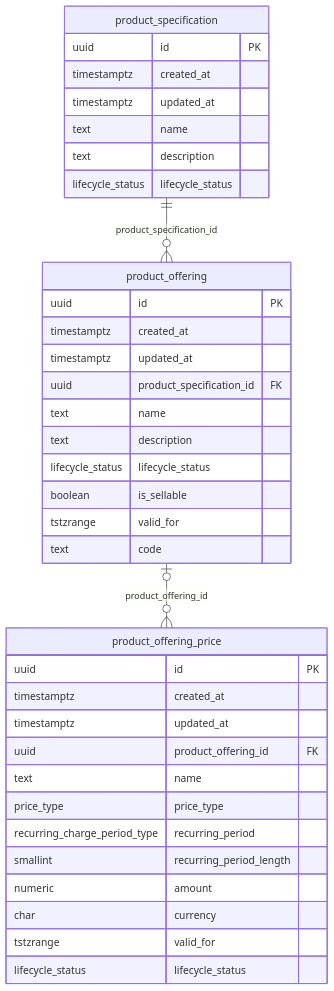
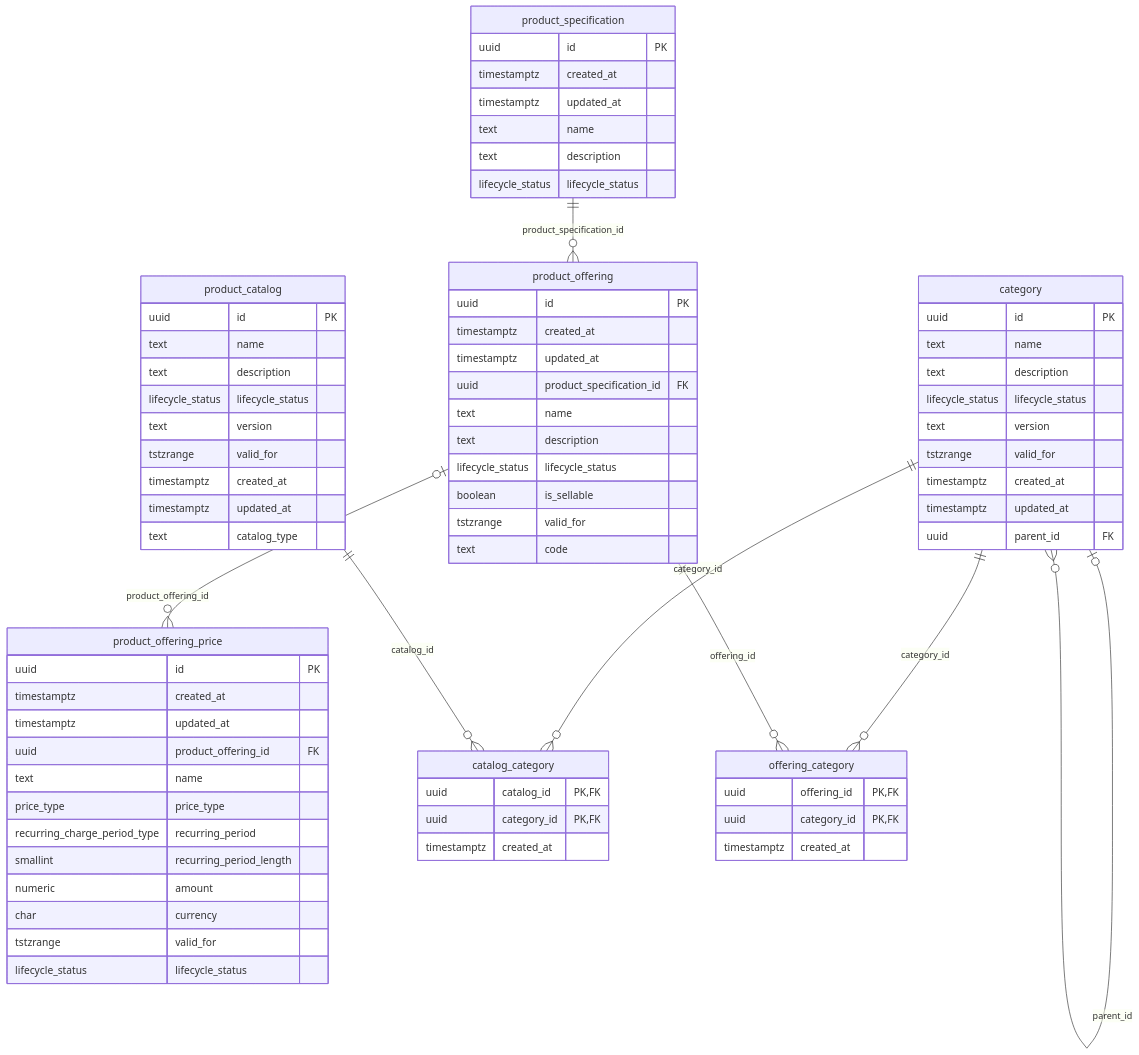
Before and after one commit to altharmz/bss: the third of 7 diagrams in docs/db/README.md, drawn with Mermaid. The commit also changed other lines of this file and 77 other files, not shown here.

````diff
--- a/docs/db/README.md
+++ b/docs/db/README.md
@@ -137,39 +179,76 @@
 ```mermaid
 erDiagram
   product_specification {
     uuid id PK
     timestamptz created_at
     timestamptz updated_at
     text name
     text description
     lifecycle_status lifecycle_status
   }
   product_offering {
     uuid id PK
     timestamptz created_at
     timestamptz updated_at
     uuid product_specification_id FK
     text name
     text description
     lifecycle_status lifecycle_status
     boolean is_sellable
     tstzrange valid_for
     text code
   }
   product_offering_price {
     uuid id PK
     timestamptz created_at
     timestamptz updated_at
     uuid product_offering_id FK
     text name
     price_type price_type
     recurring_charge_period_type recurring_period
     smallint recurring_period_length
     numeric amount
     char currency
     tstzrange valid_for
     lifecycle_status lifecycle_status
   }
+  category {
+    uuid id PK
+    text name
+    text description
+    lifecycle_status lifecycle_status
+    text version
+    tstzrange valid_for
+    timestamptz created_at
+    timestamptz updated_at
+    uuid parent_id FK
+  }
+  product_catalog {
+    uuid id PK
+    text name
+    text description
+    lifecycle_status lifecycle_status
+    text version
+    tstzrange valid_for
+    timestamptz created_at
+    timestamptz updated_at
+    text catalog_type
+  }
+  catalog_category {
+    uuid catalog_id PK,FK
+    uuid category_id PK,FK
+    timestamptz created_at
+  }
+  offering_category {
+    uuid offering_id PK,FK
+    uuid category_id PK,FK
+    timestamptz created_at
+  }
+  category |o--o{ category : "parent_id"
+  category ||--o{ catalog_category : "category_id"
+  category ||--o{ offering_category : "category_id"
+  product_catalog ||--o{ catalog_category : "catalog_id"
   product_offering |o--o{ product_offering_price : "product_offering_id"
+  product_offering ||--o{ offering_category : "offering_id"
   product_specification ||--o{ product_offering : "product_specification_id"
 ```
````
